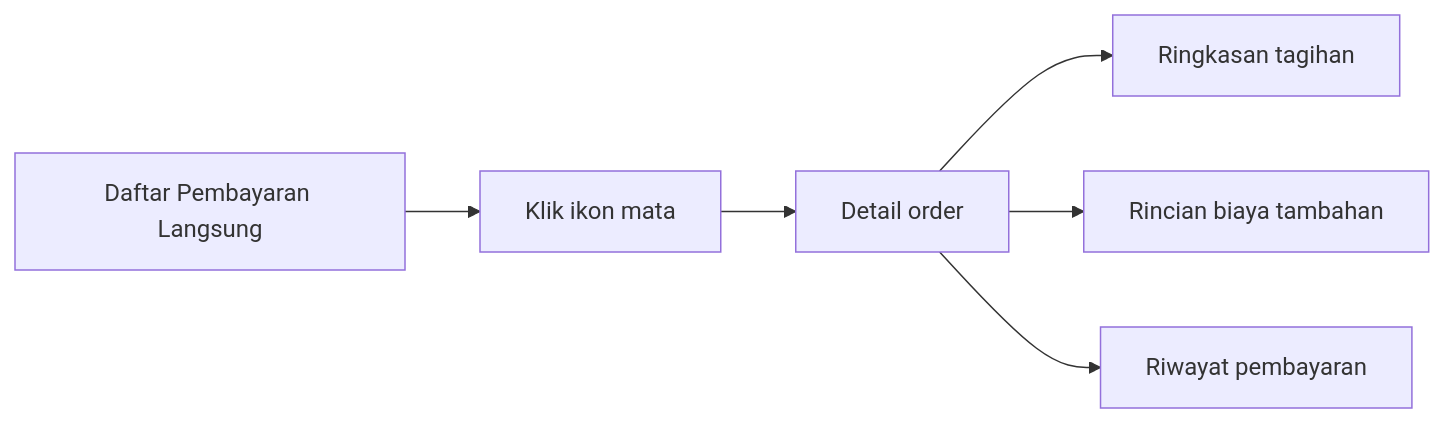
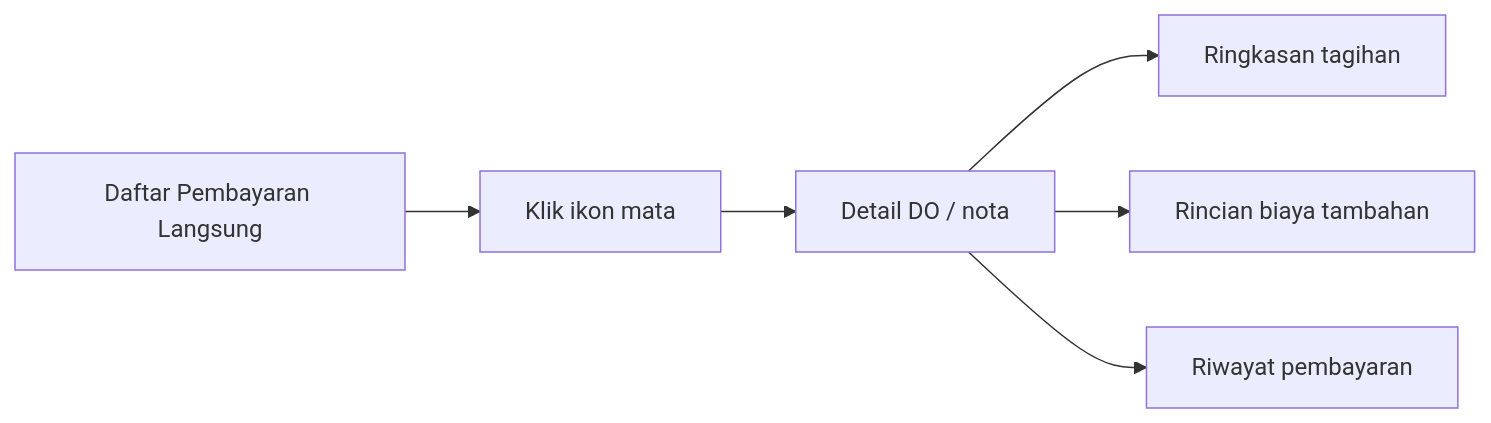
The sixth of 6 diagrams in md/pembayaran-langsung.md (fachrianalbar/fms-phl), drawn with Mermaid before and after one commit. The commit also changed other lines of this file and 22 other files, not shown here.

Commit message:
Add note grouping and multi-DO payment flow

````diff
--- a/md/pembayaran-langsung.md
+++ b/md/pembayaran-langsung.md
@@ -200,8 +333,8 @@
 ```mermaid
 flowchart LR
     A[Daftar Pembayaran Langsung] --> B[Klik ikon mata]
-    B --> C[Detail order]
+    B --> C[Detail DO / nota]
     C --> D[Ringkasan tagihan]
     C --> E[Rincian biaya tambahan]
     C --> F[Riwayat pembayaran]
 ```
````
